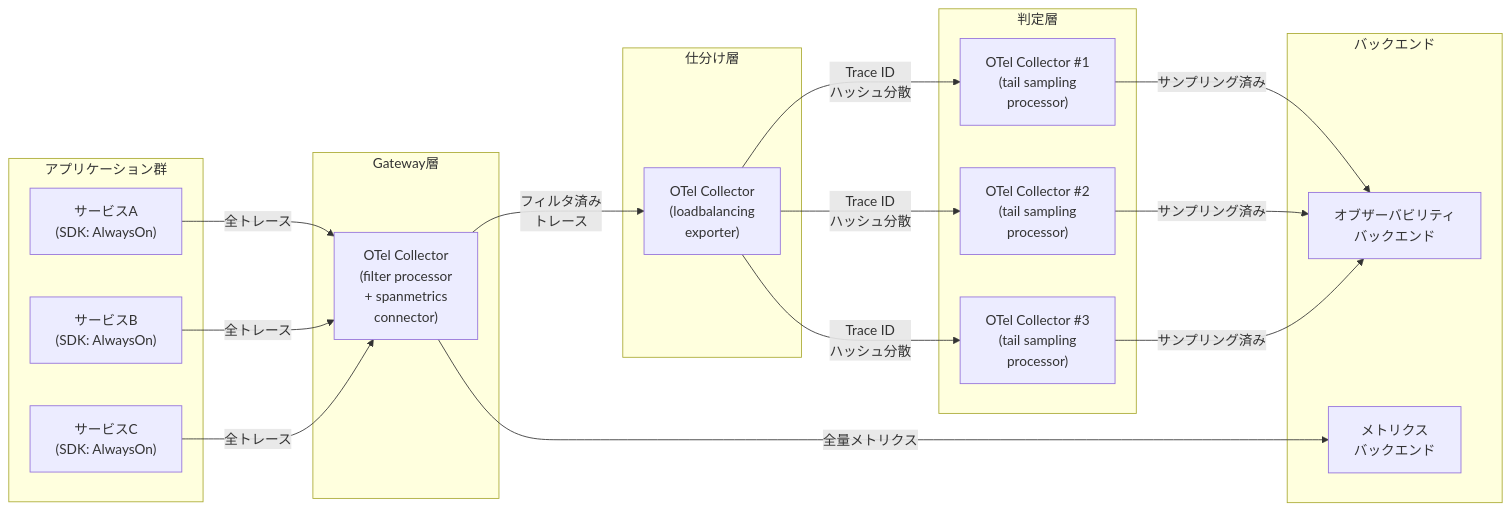
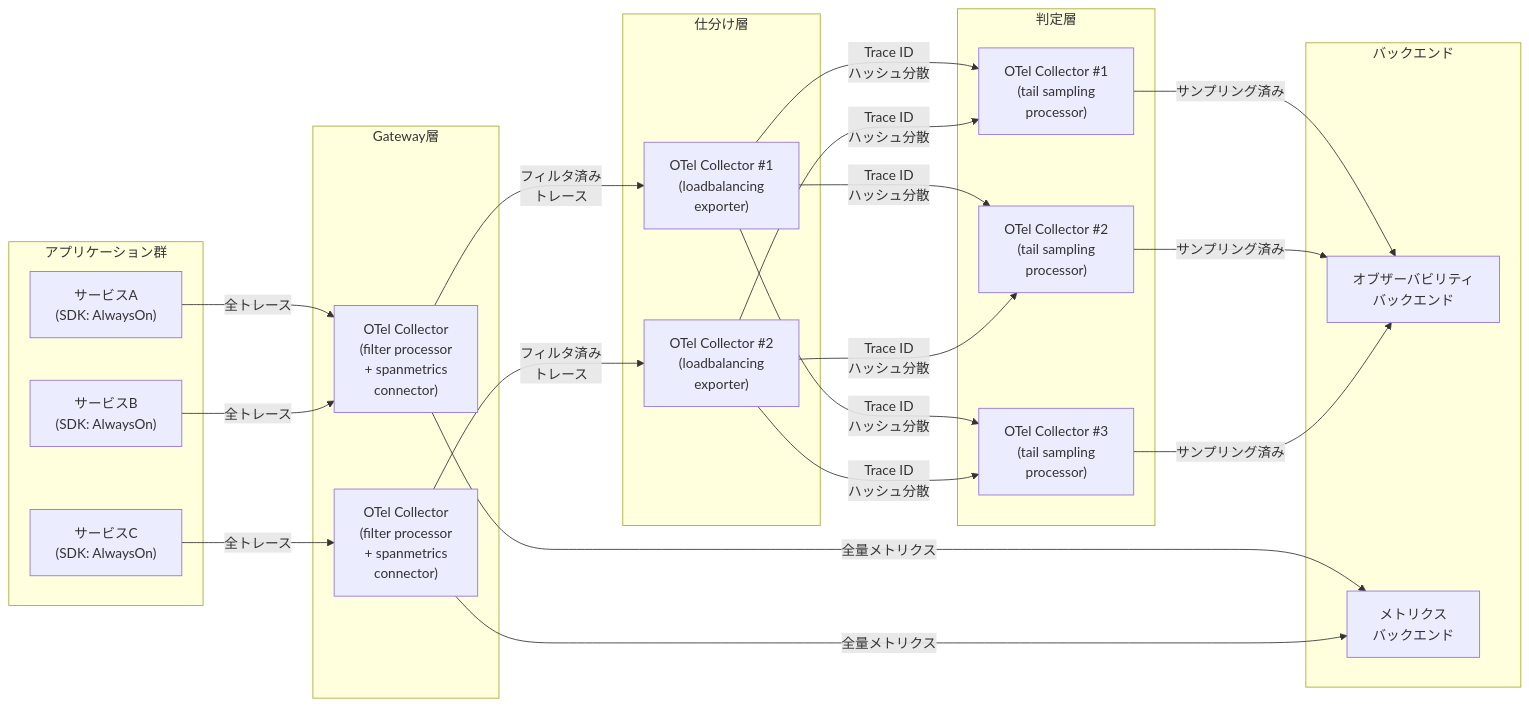
The second of 2 diagrams in books/telemetry-sampling/20-implementing_with_otel.md (ymotongpoo/zenn.dev), drawn with Mermaid before and after one commit. The commit also changed other lines of this file, not shown here.

Commit message:
docs(20-implementing_with_otel): パターン2の仕分け層を複数台構成に変更し、コンシステント・ハッシュの仕組みを解説

````diff
--- a/books/telemetry-sampling/20-implementing_with_otel.md
+++ b/books/telemetry-sampling/20-implementing_with_otel.md
@@ -572,39 +526,46 @@
 ```mermaid
 graph LR
     subgraph アプリケーション群
         A1["サービスA<br/>(SDK: AlwaysOn)"]
         A2["サービスB<br/>(SDK: AlwaysOn)"]
         A3["サービスC<br/>(SDK: AlwaysOn)"]
     end
 
     subgraph "Gateway層"
         G1["OTel Collector<br/>(filter processor<br/>+ spanmetrics<br/>connector)"]
+        G2["OTel Collector<br/>(filter processor<br/>+ spanmetrics<br/>connector)"]
     end
 
     subgraph "仕分け層"
-        L1["OTel Collector<br/>(loadbalancing<br/>exporter)"]
+        L1["OTel Collector #1<br/>(loadbalancing<br/>exporter)"]
+        L2["OTel Collector #2<br/>(loadbalancing<br/>exporter)"]
     end
 
     subgraph "判定層"
         T1["OTel Collector #1<br/>(tail sampling<br/>processor)"]
         T2["OTel Collector #2<br/>(tail sampling<br/>processor)"]
         T3["OTel Collector #3<br/>(tail sampling<br/>processor)"]
     end
 
     subgraph バックエンド
         B1["オブザーバビリティ<br/>バックエンド"]
         B2["メトリクス<br/>バックエンド"]
     end
 
     A1 -->|"全トレース"| G1
     A2 -->|"全トレース"| G1
-    A3 -->|"全トレース"| G1
+    A3 -->|"全トレース"| G2
     G1 -->|"フィルタ済み<br/>トレース"| L1
+    G2 -->|"フィルタ済み<br/>トレース"| L2
     G1 -->|"全量メトリクス"| B2
+    G2 -->|"全量メトリクス"| B2
     L1 -->|"Trace ID<br/>ハッシュ分散"| T1
     L1 -->|"Trace ID<br/>ハッシュ分散"| T2
     L1 -->|"Trace ID<br/>ハッシュ分散"| T3
+    L2 -->|"Trace ID<br/>ハッシュ分散"| T1
+    L2 -->|"Trace ID<br/>ハッシュ分散"| T2
+    L2 -->|"Trace ID<br/>ハッシュ分散"| T3
     T1 -->|"サンプリング済み"| B1
     T2 -->|"サンプリング済み"| B1
     T3 -->|"サンプリング済み"| B1
 ```
````
